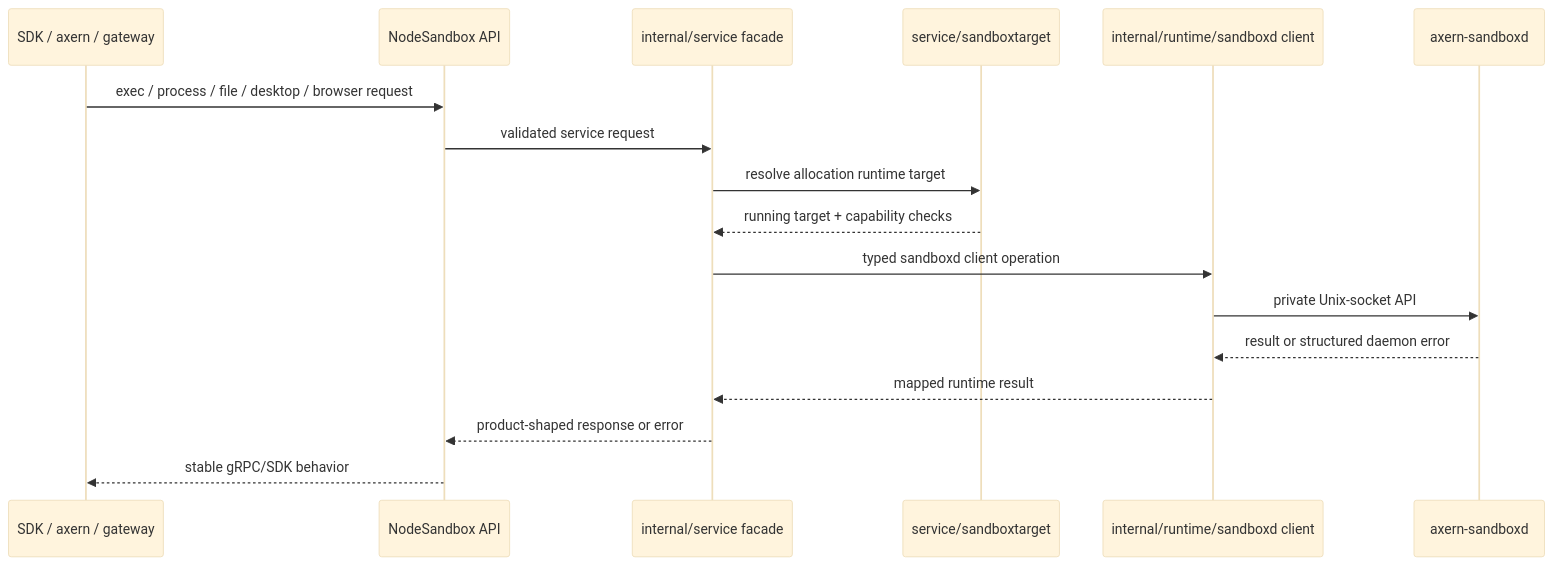
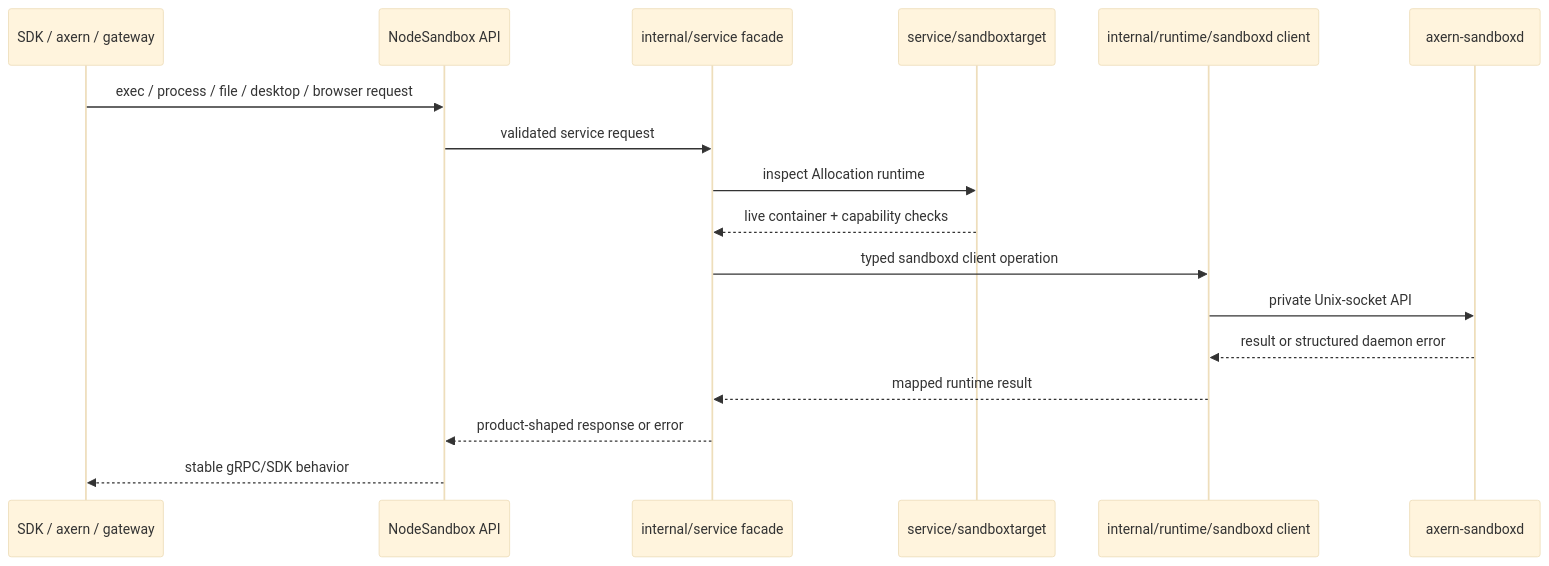
One commit to cofy-x/axern changed the third of 3 diagrams in runtime/axnoded/docs/architecture.md. Above: the diagram before and after it, drawn with Mermaid (base theme). The commit also changed other lines of this file and 379 other files, not shown here.

````diff
--- a/runtime/axnoded/docs/architecture.md
+++ b/runtime/axnoded/docs/architecture.md
@@ -100,20 +121,20 @@
 ```mermaid
 sequenceDiagram
     participant Client as SDK / axern / gateway
     participant API as NodeSandbox API
     participant Service as internal/service facade
     participant Target as service/sandboxtarget
     participant Runtime as internal/runtime/sandboxd client
     participant Daemon as axern-sandboxd
 
     Client->>API: exec / process / file / desktop / browser request
     API->>Service: validated service request
-    Service->>Target: resolve allocation runtime target
-    Target-->>Service: running target + capability checks
+    Service->>Target: inspect Allocation runtime
+    Target-->>Service: live container + capability checks
     Service->>Runtime: typed sandboxd client operation
     Runtime->>Daemon: private Unix-socket API
     Daemon-->>Runtime: result or structured daemon error
     Runtime-->>Service: mapped runtime result
     Service-->>API: product-shaped response or error
     API-->>Client: stable gRPC/SDK behavior
 ```
````
